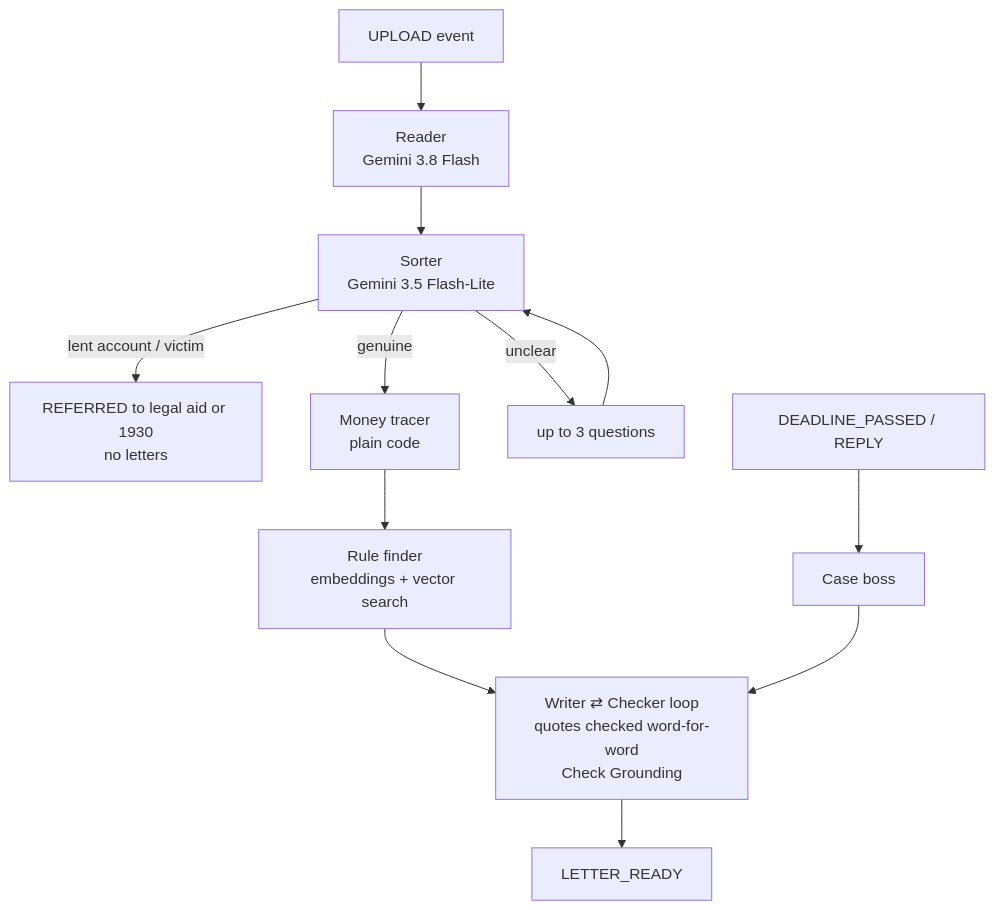
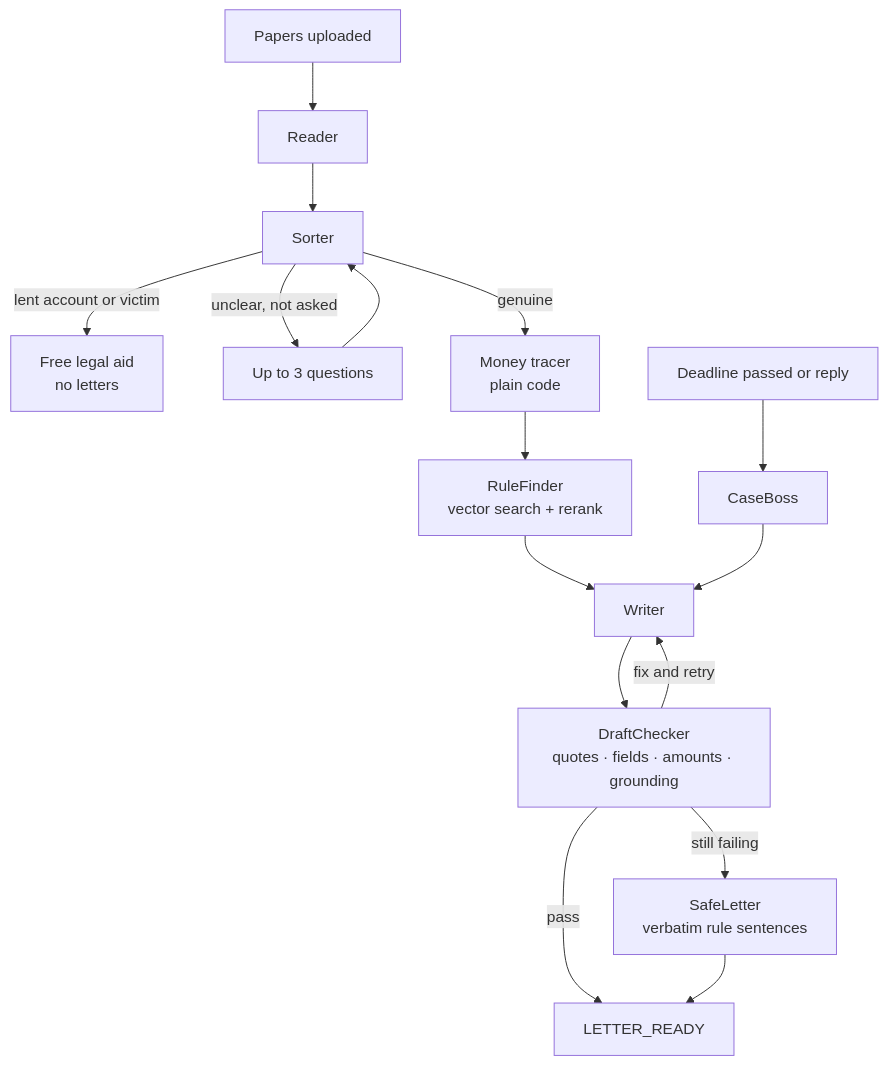
Before and after one commit to arsakhanlan/bonafide: the second of 3 diagrams in README.md, drawn with Mermaid. The commit also changed other lines of this file and 4 other files, not shown here.

Commit message:
docs: README for judges (links, architecture, results; no code changes)

````diff
--- a/README.md
+++ b/README.md
@@ -32,14 +97,18 @@
 ```mermaid
 flowchart TD
-    Upload[UPLOAD event] --> Reader[Reader<br/>Gemini 3.8 Flash]
-    Reader --> Sorter[Sorter<br/>Gemini 3.5 Flash-Lite]
-    Sorter -->|lent account / victim| Referred[REFERRED to legal aid or 1930<br/>no letters]
-    Sorter -->|genuine| Money[Money tracer<br/>plain code]
-    Sorter -->|unclear| Questions[up to 3 questions]
-    Questions --> Sorter
-    Money --> Rules[Rule finder<br/>embeddings + vector search]
-    Rules --> Loop[Writer ⇄ Checker loop<br/>quotes checked word-for-word<br/>Check Grounding]
-    Loop --> Ready[LETTER_READY]
-    Tick[DEADLINE_PASSED / REPLY] --> Boss[Case boss]
-    Boss --> Loop
+    UPLOAD[Papers uploaded] --> READER[Reader]
+    READER --> SORTER[Sorter]
+    SORTER -->|lent account or victim| REFER[Free legal aid<br/>no letters]
+    SORTER -->|unclear, not asked| Q[Up to 3 questions]
+    Q --> SORTER
+    SORTER -->|genuine| MONEY[Money tracer<br/>plain code]
+    MONEY --> RULES[RuleFinder<br/>vector search + rerank]
+    RULES --> WRITER[Writer]
+    WRITER --> CHECK[DraftChecker<br/>quotes · fields · amounts · grounding]
+    CHECK -->|fix and retry| WRITER
+    CHECK -->|pass| READY[LETTER_READY]
+    CHECK -->|still failing| SAFE[SafeLetter<br/>verbatim rule sentences]
+    SAFE --> READY
+    TICK[Deadline passed or reply] --> BOSS[CaseBoss]
+    BOSS --> WRITER
 ```
````
